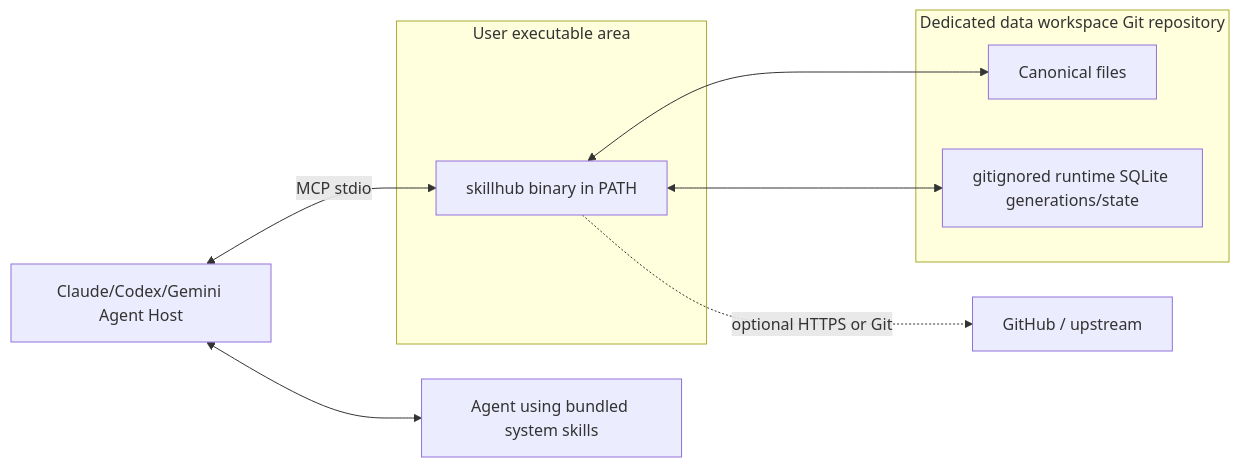
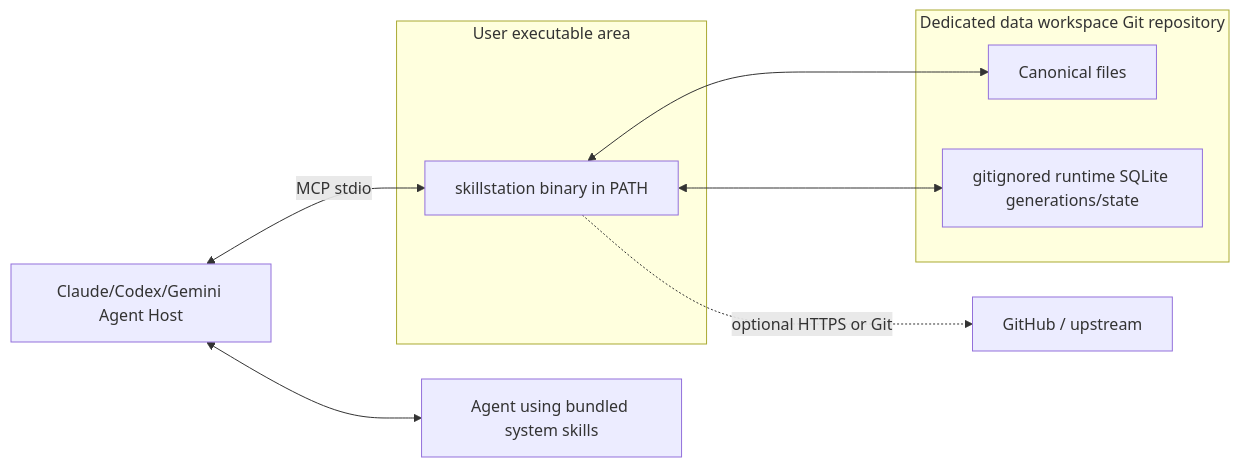
One commit to vantt/skillstation changed the tenth of 10 diagrams in docs/design/01-system-architecture.md. Above: the diagram before and after it, drawn with Mermaid. The commit also changed other lines of this file and 381 other files, not shown here.

Commit message:
refactor: rename the skillhub command, server names, protocol strings and identifiers to skillstation

````diff
--- a/docs/design/01-system-architecture.md
+++ b/docs/design/01-system-architecture.md
@@ -462,19 +462,19 @@
 ```mermaid
 flowchart LR
     subgraph InstallArea[User executable area]
-      BIN[skillhub binary in PATH]
+      BIN[skillstation binary in PATH]
     end
 
     subgraph DataArea[Dedicated data workspace Git repository]
       REPO[Canonical files]
       DB[gitignored runtime SQLite generations/state]
     end
 
     CLIENT[Claude/Codex/Gemini Agent Host]
     AGENT[Agent using bundled system skills]
     CLIENT <-->|MCP stdio| BIN
     CLIENT <--> AGENT
     BIN <--> REPO
     BIN <--> DB
     BIN -. optional HTTPS or Git .-> GH[GitHub / upstream]
 ```
````
